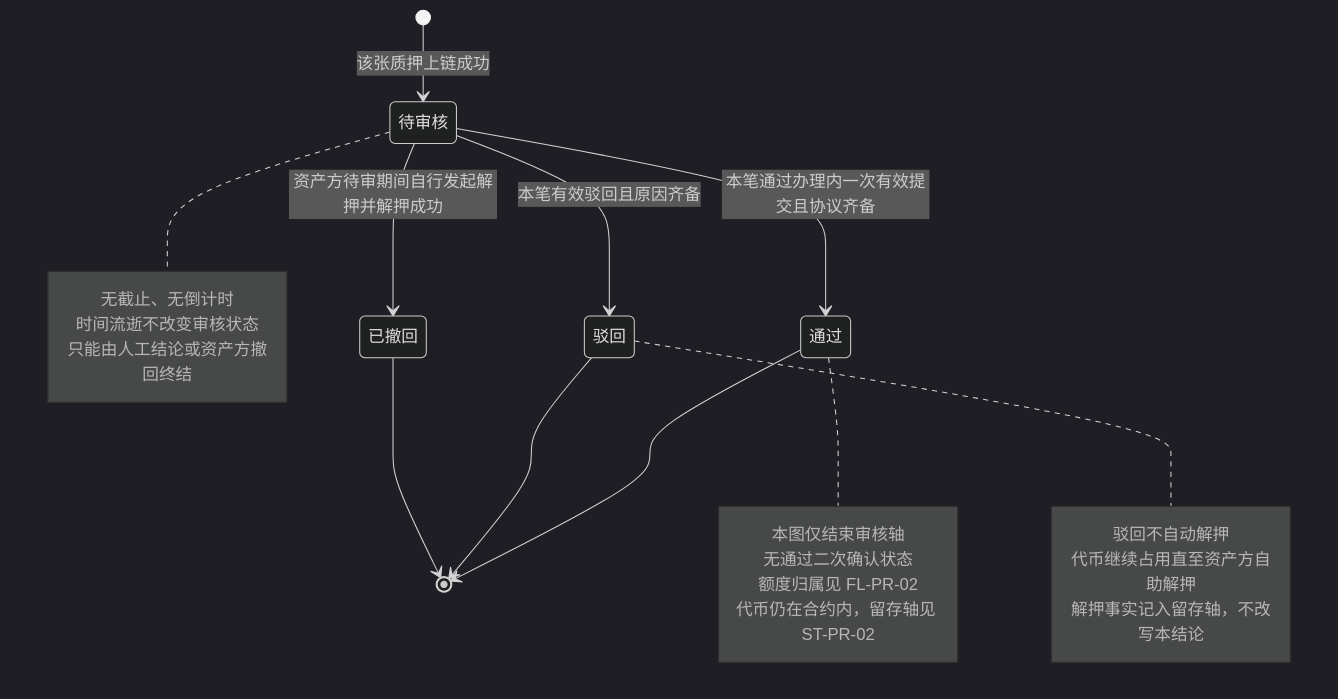
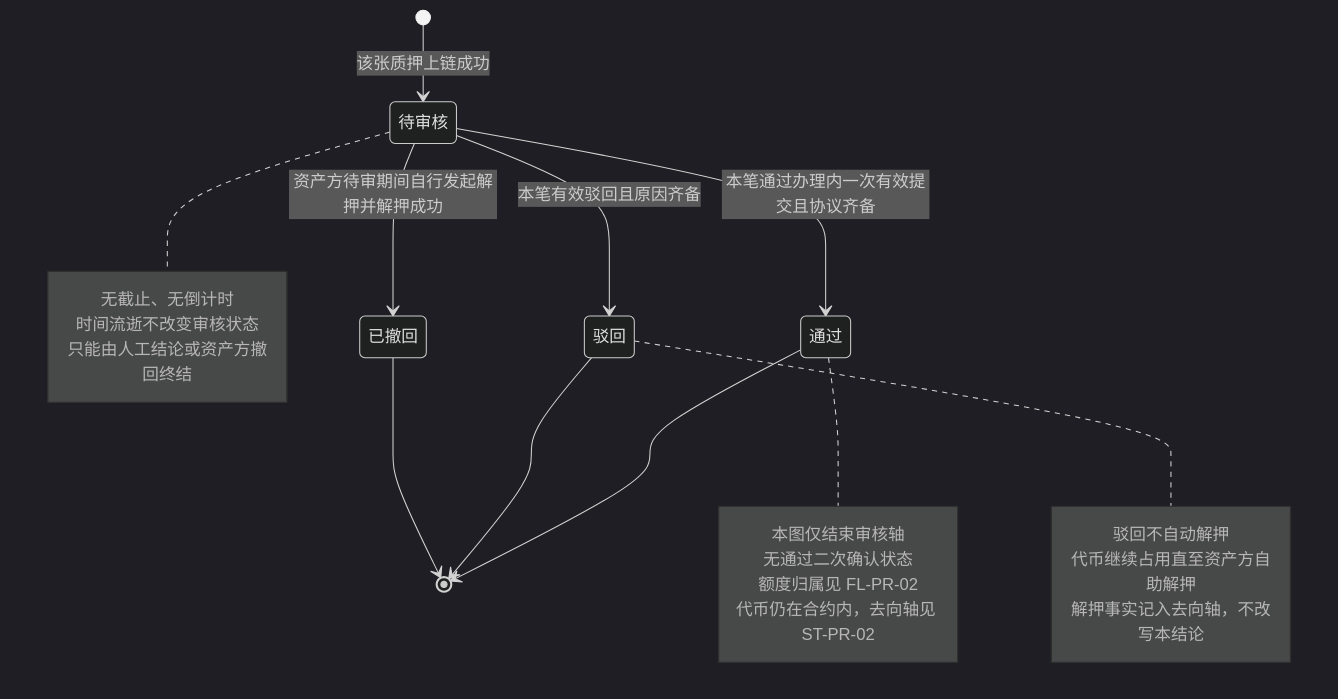
The fifth of 6 diagrams in lending-platform/PRD/运营端/06-代币质押审核/02-代币质押审核-流程图与状态机.md (wxblockchain/Chain-Financing), drawn with Mermaid (dark theme) before and after one commit. The commit also changed other lines of this file and 4 other files, not shown here.

````diff
--- a/lending-platform/PRD/运营端/06-代币质押审核/02-代币质押审核-流程图与状态机.md
+++ b/lending-platform/PRD/运营端/06-代币质押审核/02-代币质押审核-流程图与状态机.md
@@ -136,30 +136,30 @@
 ```mermaid
 stateDiagram-v2
   state "待审核" as Pending
   state "通过" as Approved
   state "驳回" as Rejected
   state "已撤回" as Withdrawn
   [*] --> Pending: 该张质押上链成功
   Pending --> Approved: 本笔通过办理内一次有效提交且协议齐备
   Pending --> Rejected: 本笔有效驳回且原因齐备
   Pending --> Withdrawn: 资产方待审期间自行发起解押并解押成功
   Approved --> [*]
   Rejected --> [*]
   Withdrawn --> [*]
   note right of Pending
     无截止、无倒计时
     时间流逝不改变审核状态
     只能由人工结论或资产方撤回终结
   end note
   note right of Approved
     本图仅结束审核轴
     无通过二次确认状态
     额度归属见 FL-PR-02
-    代币仍在合约内，留存轴见 ST-PR-02
+    代币仍在合约内，去向轴见 ST-PR-02
   end note
   note right of Rejected
     驳回不自动解押
     代币继续占用直至资产方自助解押
-    解押事实记入留存轴，不改写本结论
+    解押事实记入去向轴，不改写本结论
   end note
 ```
````
